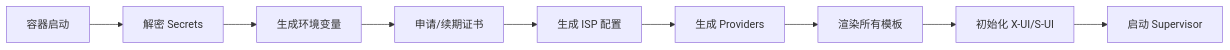
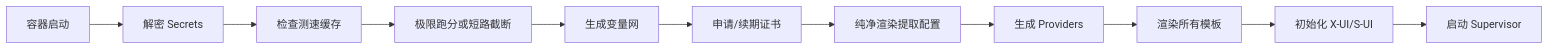
The second of 3 diagrams in docker/sb-xray/docs/user-guidence.md (currycan/key), drawn with Mermaid before and after one commit. The commit also changed other lines of this file and 3 other files, not shown here.

````diff
--- a/docker/sb-xray/docs/user-guidence.md
+++ b/docker/sb-xray/docs/user-guidence.md
@@ -150,11 +154,13 @@
 ```mermaid
 graph LR
     Start[容器启动] --> Decrypt[解密 Secrets]
-    Decrypt --> GenEnv[生成环境变量]
+    Decrypt --> Cache[检查测速缓存]
+    Cache --> SpeedTest[极限跑分或短路截断]
+    SpeedTest --> GenEnv[生成变量网]
     GenEnv --> IssueCert[申请/续期证书]
-    IssueCert --> GenISP[生成 ISP 配置]
-    GenISP --> GenProviders[生成 Providers]
+    IssueCert --> Render[纯净渲染提取配置]
+    Render --> GenProviders[生成 Providers]
     GenProviders --> RenderTemplates[渲染所有模板]
     RenderTemplates --> InitUI[初始化 X-UI/S-UI]
     InitUI --> StartSupervisor[启动 Supervisor]
 ```
````
